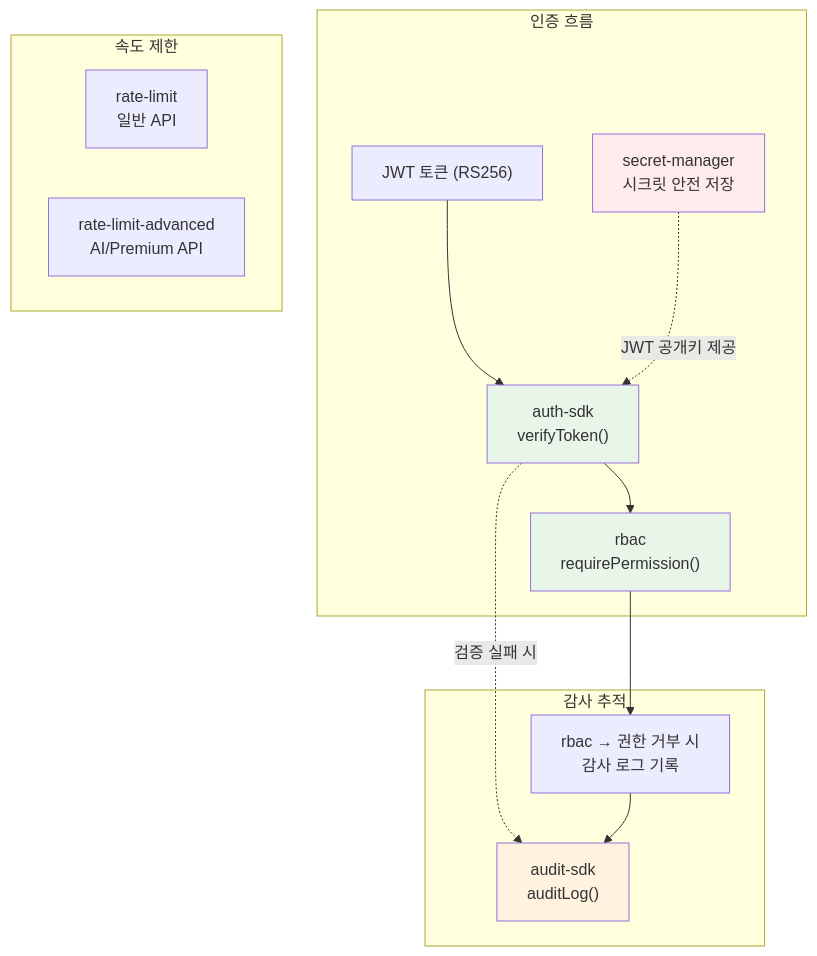
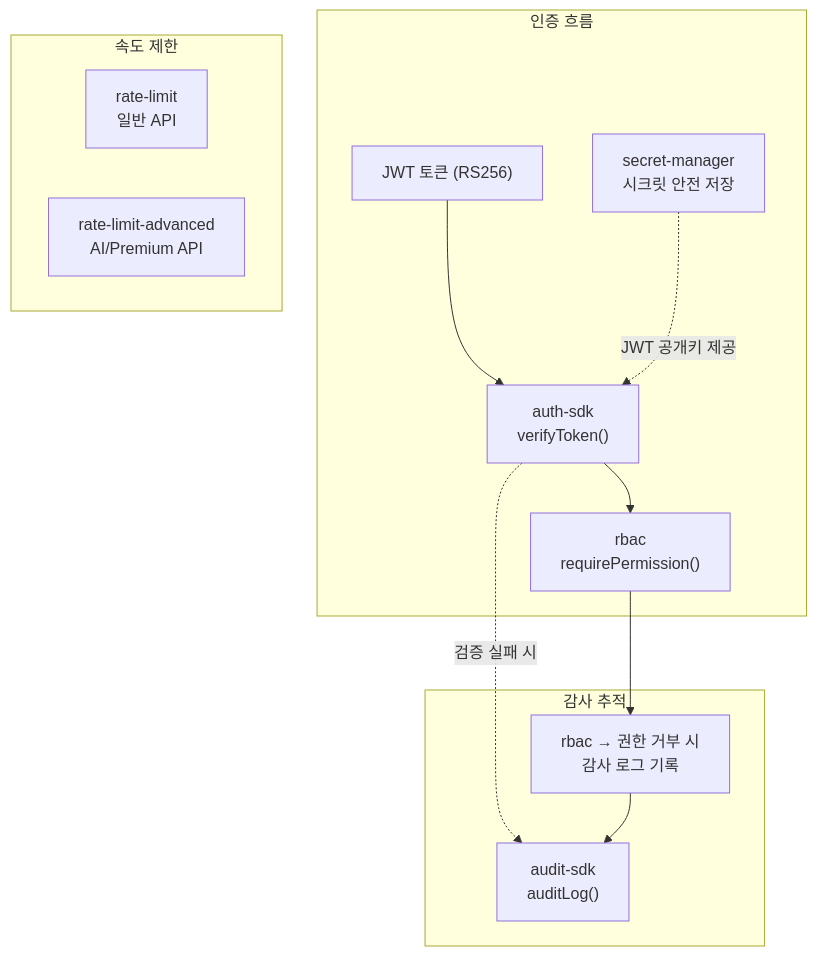
One commit to s99606931/ai-saas changed the first of 3 diagrams in docs/guides/onboarding/02-architecture/packages/01-core-packages.md. Above: the diagram before and after it, drawn with Mermaid. The commit also changed 526 other files, not shown here.

````diff
--- a/docs/guides/onboarding/02-architecture/packages/01-core-packages.md
+++ b/docs/guides/onboarding/02-architecture/packages/01-core-packages.md
@@ -27,31 +27,28 @@
 ```mermaid
 graph TD
     subgraph "인증 흐름"
         Token["JWT 토큰 (RS256)"]
         AuthSDK["auth-sdk\nverifyToken()"]
         RBAC["rbac\nrequirePermission()"]
         SecretMgr["secret-manager\n시크릿 안전 저장"]
 
         Token --> AuthSDK
         AuthSDK --> RBAC
         SecretMgr -.->|"JWT 공개키 제공"| AuthSDK
     end
 
     subgraph "감사 추적"
         AuditSDK["audit-sdk\nauditLog()"]
         RBAClog["rbac → 권한 거부 시\n감사 로그 기록"]
         AuthSDK -.->|"검증 실패 시"| AuditSDK
         RBAC --> RBAClog
         RBAClog --> AuditSDK
     end
 
     subgraph "속도 제한"
         RL["rate-limit\n일반 API"]
         RLA["rate-limit-advanced\nAI/Premium API"]
     end
 
-    style AuthSDK fill:#E8F5E9
-    style RBAC fill:#E8F5E9
-    style AuditSDK fill:#FFF3E0
-    style SecretMgr fill:#FFEBEE
+
 ```
````
